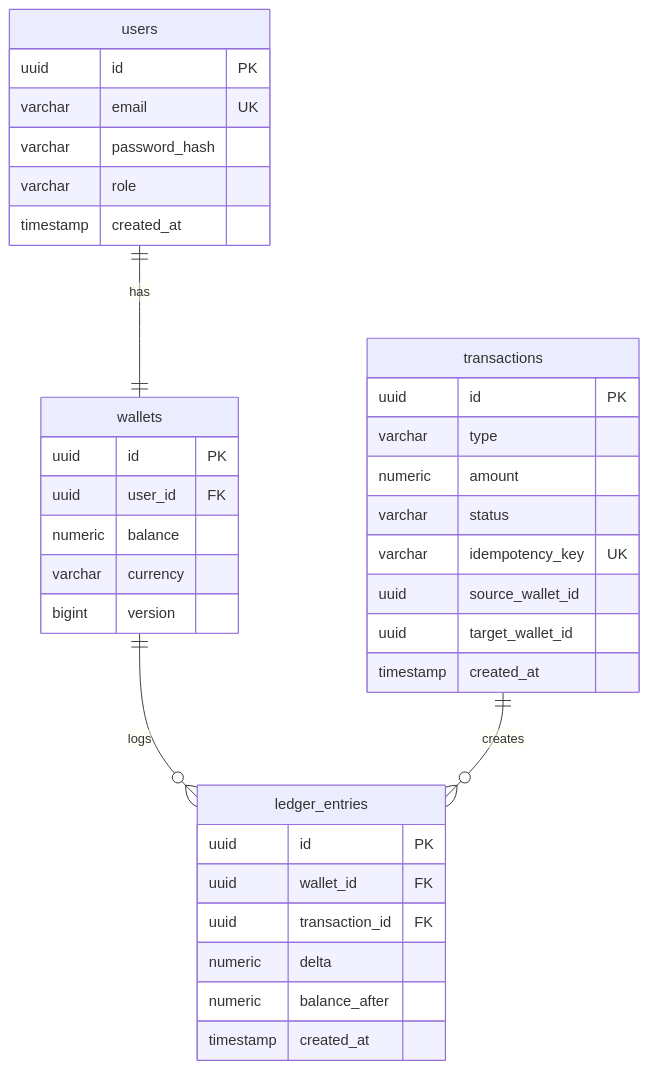
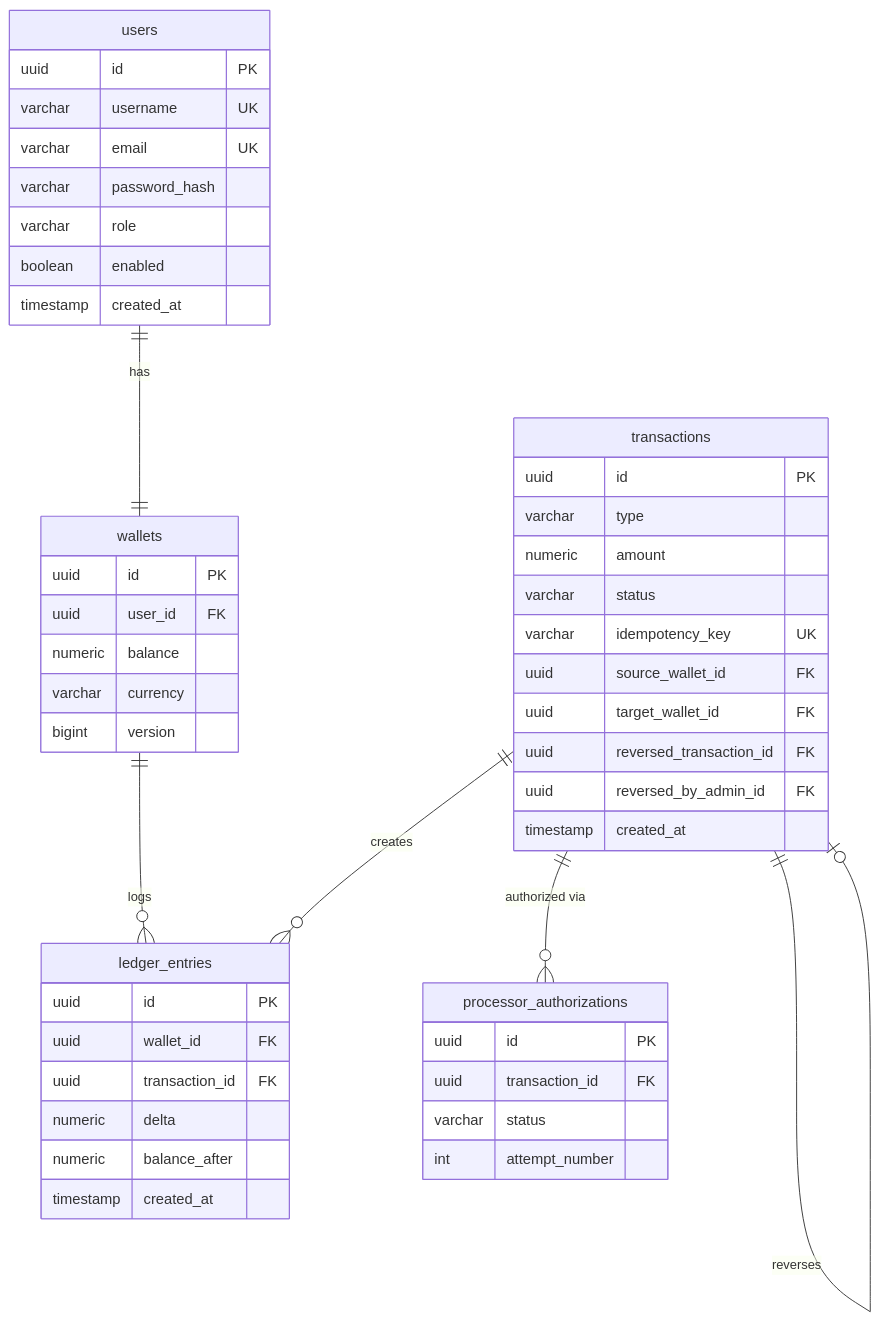
Before and after one commit to M-o-m-e-n/finthos: the fifth of 5 diagrams in docs/LLD.md, drawn with Mermaid. The commit also changed other lines of this file, not shown here.

Commit message:
docs(lld): document packages, flows, idempotency rules and error mapping

````diff
--- a/docs/LLD.md
+++ b/docs/LLD.md
@@ -247,38 +332,50 @@
 ```mermaid
 erDiagram
     users ||--|| wallets : has
     wallets ||--o{ ledger_entries : logs
     transactions ||--o{ ledger_entries : creates
+    transactions ||--o{ processor_authorizations : "authorized via"
+    transactions ||--o| transactions : reverses
     users {
         uuid id PK
+        varchar username UK
         varchar email UK
         varchar password_hash
         varchar role
+        boolean enabled
         timestamp created_at
     }
     wallets {
         uuid id PK
         uuid user_id FK
         numeric balance
         varchar currency
         bigint version
     }
     transactions {
         uuid id PK
         varchar type
         numeric amount
         varchar status
         varchar idempotency_key UK
-        uuid source_wallet_id
-        uuid target_wallet_id
+        uuid source_wallet_id FK
+        uuid target_wallet_id FK
+        uuid reversed_transaction_id FK
+        uuid reversed_by_admin_id FK
         timestamp created_at
     }
     ledger_entries {
         uuid id PK
         uuid wallet_id FK
         uuid transaction_id FK
         numeric delta
         numeric balance_after
         timestamp created_at
     }
+    processor_authorizations {
+        uuid id PK
+        uuid transaction_id FK
+        varchar status
+        int attempt_number
+    }
 ```
````
